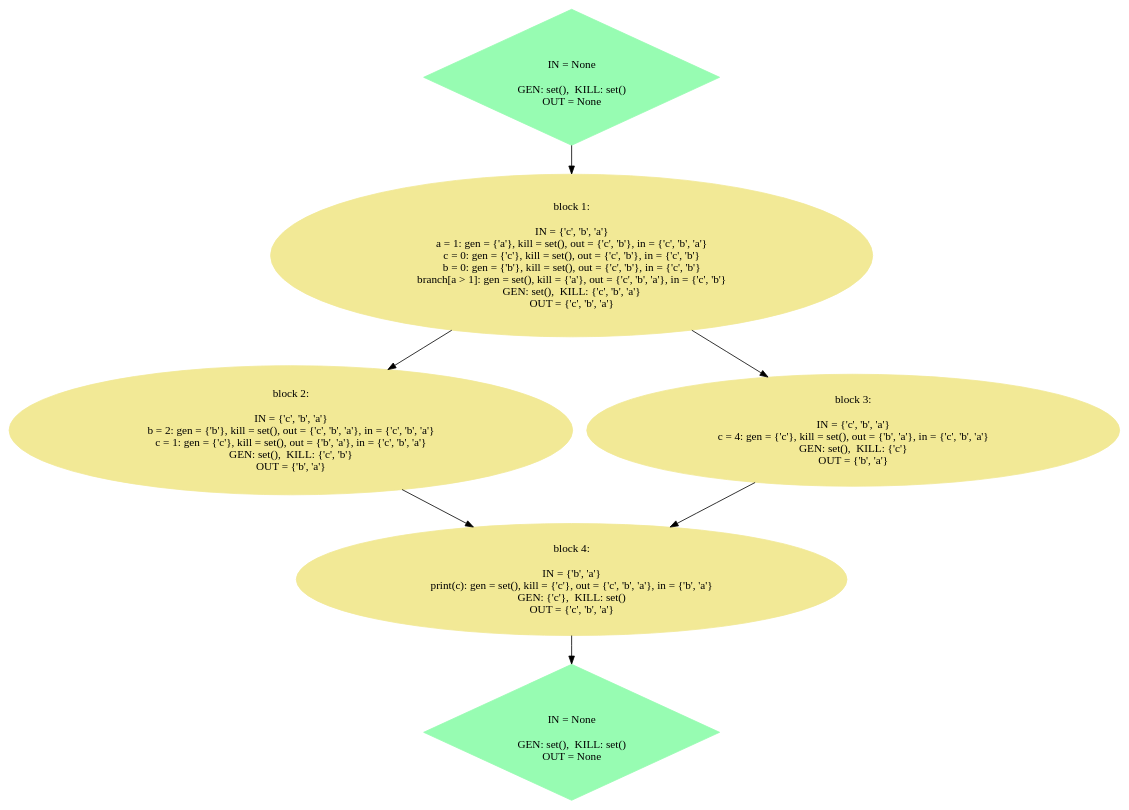
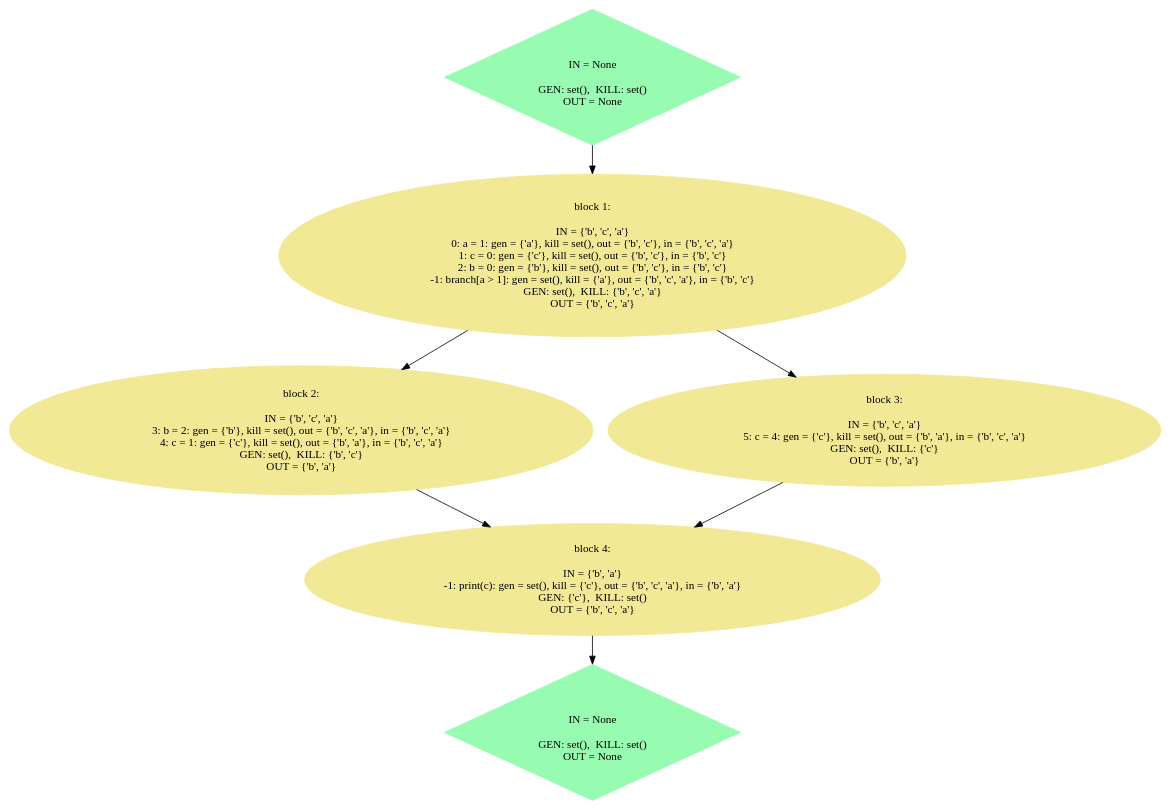
One commit to joelsunny/program-analysis changed the diagram in faintvariable/temp/faint_test.gv. Above: the diagram before and after it, drawn with Graphviz. The commit also changed 22 other files, not shown here.

```diff
--- a/faintvariable/temp/faint_test.gv
+++ b/faintvariable/temp/faint_test.gv
@@ -1,55 +1,55 @@
 // CFG
 digraph {
 	node [color="#97fcb2" shape=diamond style=filled]
 	0 [label="
 IN = None
 
 GEN: set(),  KILL: set() 
 OUT = None"]
 	node [color="#f2e996" shape=ellipse style=filled]
 	1 [label="block 1:
 
-IN = {'c', 'b', 'a'}
-a = 1: gen = {'a'}, kill = set(), out = {'c', 'b'}, in = {'c', 'b', 'a'} 
-c = 0: gen = {'c'}, kill = set(), out = {'c', 'b'}, in = {'c', 'b'} 
-b = 0: gen = {'b'}, kill = set(), out = {'c', 'b'}, in = {'c', 'b'} 
-branch[a > 1]: gen = set(), kill = {'a'}, out = {'c', 'b', 'a'}, in = {'c', 'b'} 
-GEN: set(),  KILL: {'c', 'b', 'a'} 
-OUT = {'c', 'b', 'a'}"]
+IN = {'b', 'c', 'a'}
+0: a = 1: gen = {'a'}, kill = set(), out = {'b', 'c'}, in = {'b', 'c', 'a'} 
+1: c = 0: gen = {'c'}, kill = set(), out = {'b', 'c'}, in = {'b', 'c'} 
+2: b = 0: gen = {'b'}, kill = set(), out = {'b', 'c'}, in = {'b', 'c'} 
+-1: branch[a > 1]: gen = set(), kill = {'a'}, out = {'b', 'c', 'a'}, in = {'b', 'c'} 
+GEN: set(),  KILL: {'b', 'c', 'a'} 
+OUT = {'b', 'c', 'a'}"]
 	node [color="#f2e996" shape=ellipse style=filled]
 	2 [label="block 2:
 
-IN = {'c', 'b', 'a'}
-b = 2: gen = {'b'}, kill = set(), out = {'c', 'b', 'a'}, in = {'c', 'b', 'a'} 
-c = 1: gen = {'c'}, kill = set(), out = {'b', 'a'}, in = {'c', 'b', 'a'} 
-GEN: set(),  KILL: {'c', 'b'} 
+IN = {'b', 'c', 'a'}
+3: b = 2: gen = {'b'}, kill = set(), out = {'b', 'c', 'a'}, in = {'b', 'c', 'a'} 
+4: c = 1: gen = {'c'}, kill = set(), out = {'b', 'a'}, in = {'b', 'c', 'a'} 
+GEN: set(),  KILL: {'b', 'c'} 
 OUT = {'b', 'a'}"]
 	node [color="#f2e996" shape=ellipse style=filled]
 	3 [label="block 3:
 
-IN = {'c', 'b', 'a'}
-c = 4: gen = {'c'}, kill = set(), out = {'b', 'a'}, in = {'c', 'b', 'a'} 
+IN = {'b', 'c', 'a'}
+5: c = 4: gen = {'c'}, kill = set(), out = {'b', 'a'}, in = {'b', 'c', 'a'} 
 GEN: set(),  KILL: {'c'} 
 OUT = {'b', 'a'}"]
 	node [color="#f2e996" shape=ellipse style=filled]
 	4 [label="block 4:
 
 IN = {'b', 'a'}
-print(c): gen = set(), kill = {'c'}, out = {'c', 'b', 'a'}, in = {'b', 'a'} 
+-1: print(c): gen = set(), kill = {'c'}, out = {'b', 'c', 'a'}, in = {'b', 'a'} 
 GEN: {'c'},  KILL: set() 
-OUT = {'c', 'b', 'a'}"]
+OUT = {'b', 'c', 'a'}"]
 	node [color="#f2e996" shape=ellipse style=filled]
 	node [color="#97fcb2" shape=diamond style=filled]
 	5 [label="
 IN = None
 
 GEN: set(),  KILL: set() 
 OUT = None"]
 	node [color="#f2e996" shape=ellipse style=filled]
 	0 -> 1
 	1 -> 2
 	1 -> 3
 	2 -> 4
 	3 -> 4
 	4 -> 5
 }
```
